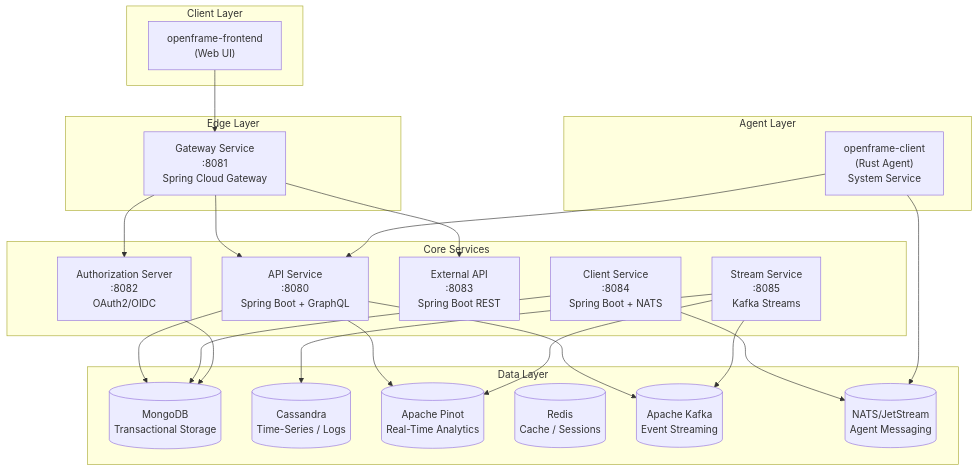
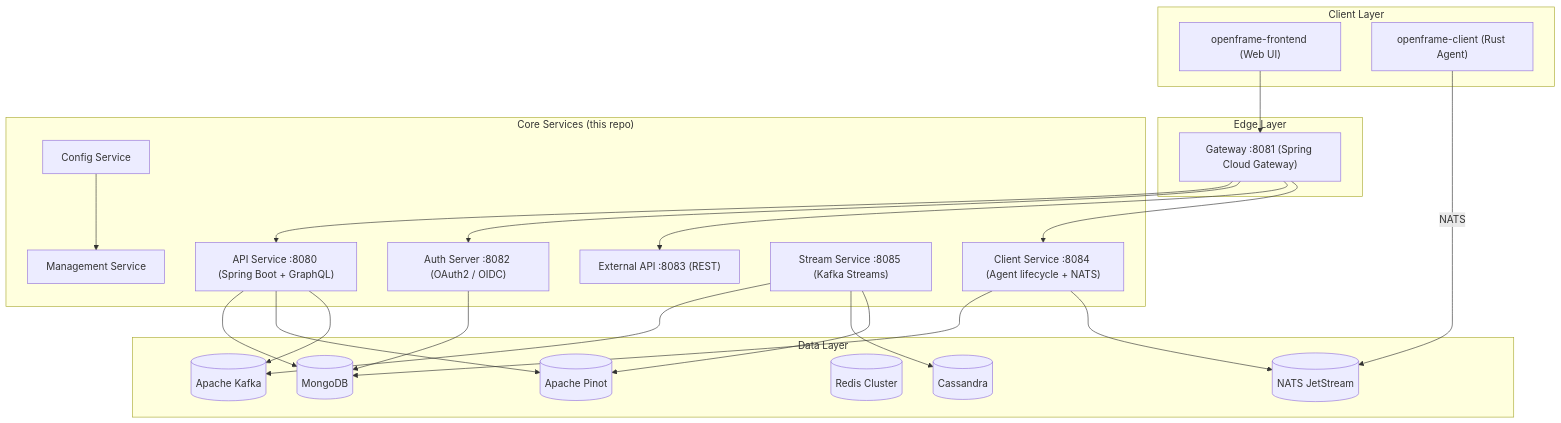
The first of 4 diagrams in docs/development/architecture/README.md (flamingo-stack/openframe-oss-tenant), drawn with Mermaid before and after one commit. The commit also changed other lines of this file and 28 other files, not shown here.

````diff
--- a/docs/development/architecture/README.md
+++ b/docs/development/architecture/README.md
@@ -13,47 +11,47 @@
 ```mermaid
 graph TB
     subgraph Clients["Client Layer"]
-        FrontendUI["openframe-frontend\n(Web UI)"]
+        FrontendUI["openframe-frontend (Web UI)"]
+        RustAgent["openframe-client (Rust Agent)"]
     end
 
     subgraph Gateway["Edge Layer"]
-        GW["Gateway Service\n:8081\nSpring Cloud Gateway"]
+        GW["Gateway :8081 (Spring Cloud Gateway)"]
     end
 
-    subgraph CoreServices["Core Services"]
-        API["API Service\n:8080\nSpring Boot + GraphQL"]
-        AuthServer["Authorization Server\n:8082\nOAuth2/OIDC"]
-        ExtAPI["External API\n:8083\nSpring Boot REST"]
-        StreamSvc["Stream Service\n:8085\nKafka Streams"]
-        ClientSvc["Client Service\n:8084\nSpring Boot + NATS"]
-    end
-
-    subgraph AgentLayer["Agent Layer"]
-        OFClient["openframe-client\n(Rust Agent)\nSystem Service"]
+    subgraph CoreServices["Core Services (this repo)"]
+        API["API Service :8080 (Spring Boot + GraphQL)"]
+        AuthServer["Auth Server :8082 (OAuth2 / OIDC)"]
+        ExtAPI["External API :8083 (REST)"]
+        ClientSvc["Client Service :8084 (Agent lifecycle + NATS)"]
+        StreamSvc["Stream Service :8085 (Kafka Streams)"]
+        Mgmt["Management Service"]
+        Config["Config Service"]
     end
 
     subgraph DataLayer["Data Layer"]
-        Mongo[("MongoDB\nTransactional Storage")]
-        Cassandra[("Cassandra\nTime-Series / Logs")]
-        Pinot[("Apache Pinot\nReal-Time Analytics")]
-        Redis[("Redis\nCache / Sessions")]
-        Kafka[("Apache Kafka\nEvent Streaming")]
-        NATS[("NATS/JetStream\nAgent Messaging")]
+        Mongo[("MongoDB")]
+        Cassandra[("Cassandra")]
+        Pinot[("Apache Pinot")]
+        Redis[("Redis Cluster")]
+        Kafka[("Apache Kafka")]
+        NATS[("NATS JetStream")]
     end
 
     FrontendUI --> GW
+    RustAgent -->|NATS| NATS
     GW --> API
     GW --> AuthServer
     GW --> ExtAPI
+    GW --> ClientSvc
     API --> Mongo
     API --> Pinot
     API --> Kafka
     StreamSvc --> Kafka
     StreamSvc --> Cassandra
     StreamSvc --> Pinot
     ClientSvc --> Mongo
     ClientSvc --> NATS
     AuthServer --> Mongo
-    OFClient --> NATS
-    OFClient --> API
+    Config --> Mgmt
 ```
````
